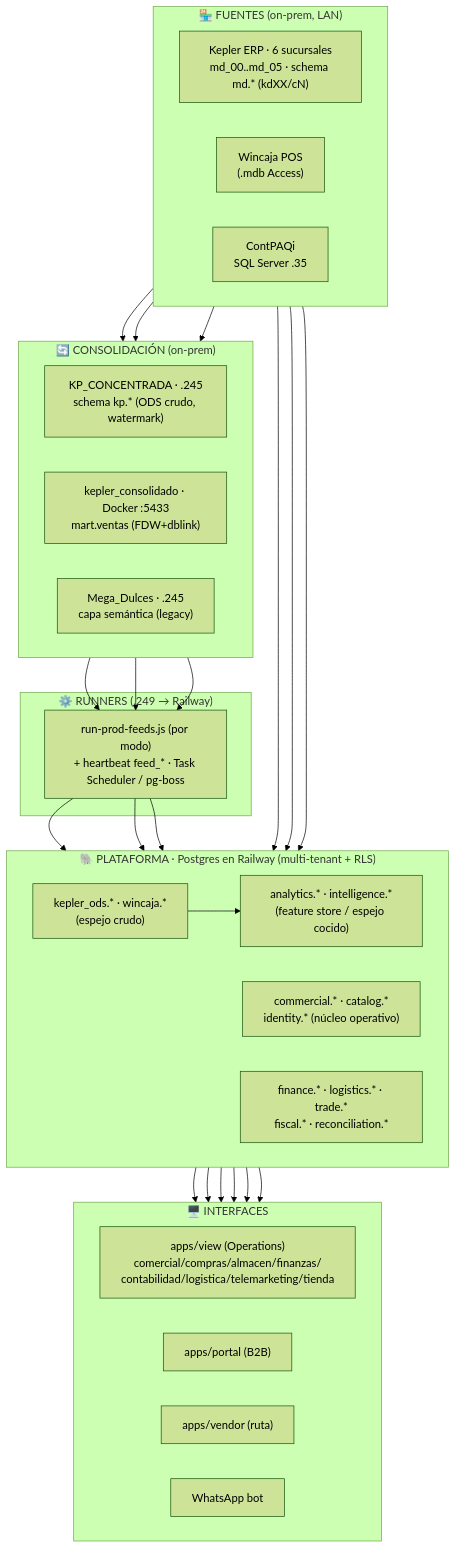
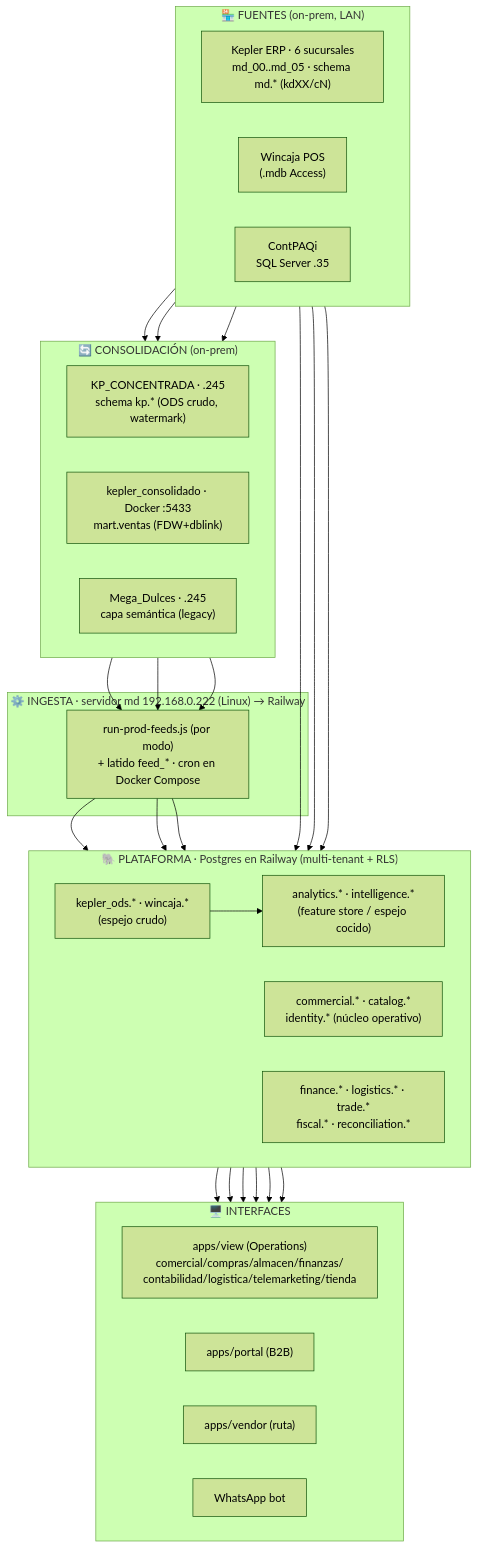
The first of 9 diagrams in docs/ARQUITECTURA_DATOS.md (edgarcg-01/MegaDulces_Suite), drawn with Mermaid (forest theme) before and after one commit. The commit also changed other lines of this file and 6 other files, not shown here.

````diff
--- a/docs/ARQUITECTURA_DATOS.md
+++ b/docs/ARQUITECTURA_DATOS.md
@@ -16,48 +22,48 @@
 ```mermaid
 flowchart TB
     subgraph SRC["🏪 FUENTES (on-prem, LAN)"]
         direction LR
         K["Kepler ERP · 6 sucursales<br/>md_00..md_05 · schema md.* (kdXX/cN)"]
         W["Wincaja POS<br/>(.mdb Access)"]
         CP["ContPAQi<br/>SQL Server .35"]
     end
 
     subgraph CONS["🔄 CONSOLIDACIÓN (on-prem)"]
         direction LR
         KP["KP_CONCENTRADA · .245<br/>schema kp.* (ODS crudo, watermark)"]
         MART["kepler_consolidado · Docker :5433<br/>mart.ventas (FDW+dblink)"]
         MD["Mega_Dulces · .245<br/>capa semántica (legacy)"]
     end
 
-    subgraph RUN["⚙️ RUNNERS (.249 → Railway)"]
-        RPF["run-prod-feeds.js (por modo)<br/>+ heartbeat feed_* · Task Scheduler / pg-boss"]
+    subgraph RUN["⚙️ INGESTA · servidor md 192.168.0.222 (Linux) → Railway"]
+        RPF["run-prod-feeds.js (por modo)<br/>+ latido feed_* · cron en Docker Compose"]
     end
 
     subgraph PROD["🐘 PLATAFORMA · Postgres en Railway (multi-tenant + RLS)"]
         direction LR
         ODS["kepler_ods.* · wincaja.*<br/>(espejo crudo)"]
         CORE["commercial.* · catalog.*<br/>identity.* (núcleo operativo)"]
         ANA["analytics.* · intelligence.*<br/>(feature store / espejo cocido)"]
         DOM["finance.* · logistics.* · trade.*<br/>fiscal.* · reconciliation.*"]
     end
 
     subgraph UI["🖥️ INTERFACES"]
         direction LR
         VIEW["apps/view (Operations)<br/>comercial/compras/almacen/finanzas/<br/>contabilidad/logistica/telemarketing/tienda"]
         PORTAL["apps/portal (B2B)"]
         VENDOR["apps/vendor (ruta)"]
         WA["WhatsApp bot"]
     end
 
     K --> KP & MART
     K & W --> ODS
     W --> MART
     CP --> ANA
     KP & MART & MD --> RPF
     RPF --> CORE & ANA & DOM
     ODS --> ANA
     CORE --> VIEW & PORTAL & VENDOR
     ANA --> VIEW
     DOM --> VIEW
     CORE --> WA
 ```
````
